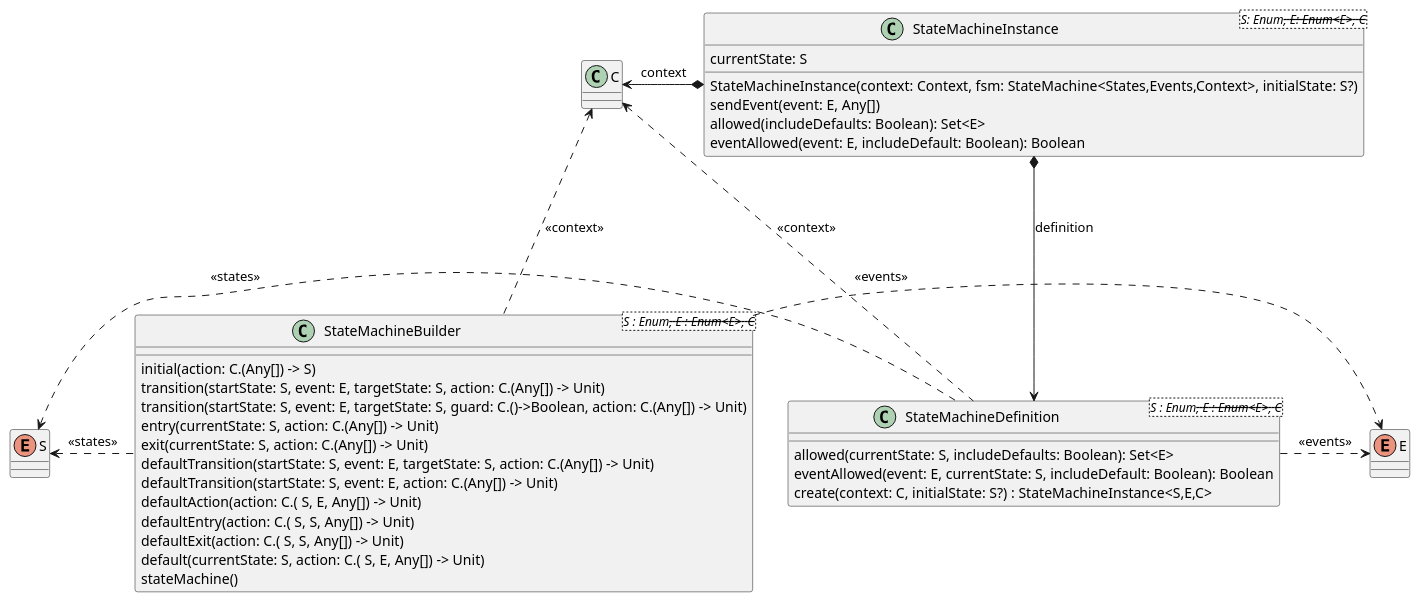
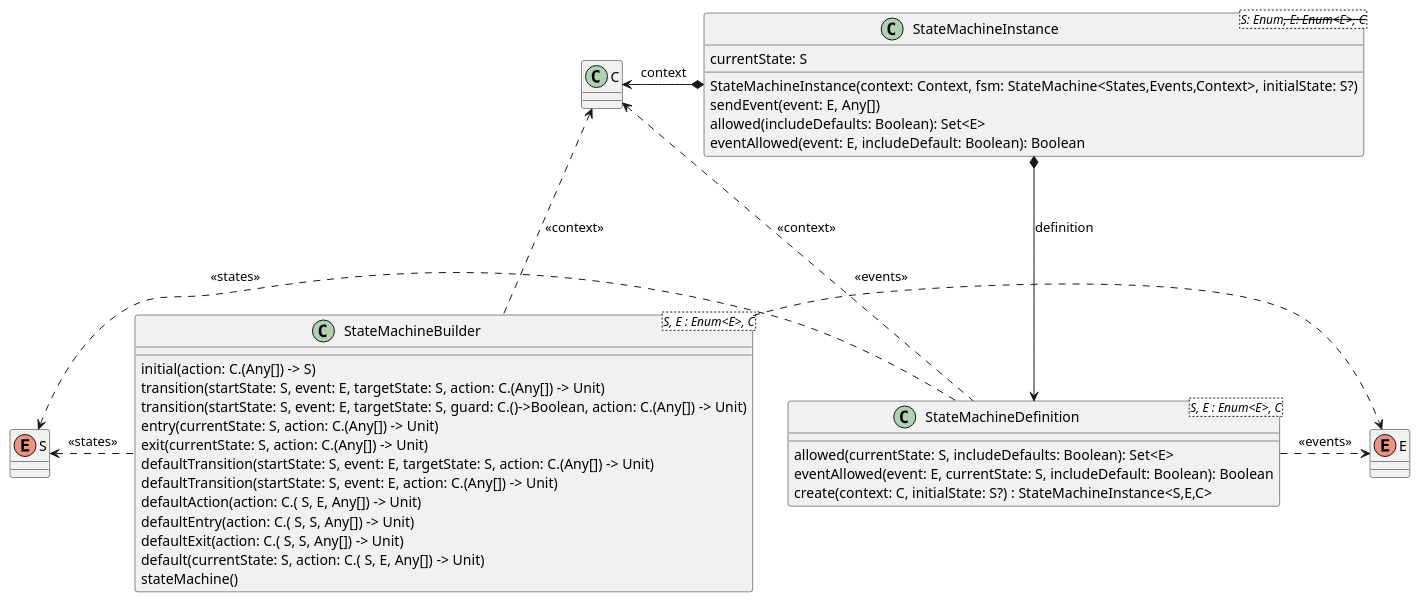
One commit to open-jumpco/kfsm changed the diagram in src/doc/plantuml/statemachine-model.plantuml. Above: the diagram before and after it, drawn with PlantUML. The commit also changed 33 other files, not shown here.

```diff
--- a/src/doc/plantuml/statemachine-model.plantuml
+++ b/src/doc/plantuml/statemachine-model.plantuml
@@ -1,50 +1,50 @@
 @startuml
 
 class C {
 }
 enum S {
 }
 enum E {
 }
 
-class StateMachineBuilder<S : Enum<S>, E : Enum<E>, C> {
+class StateMachineBuilder<S, E : Enum<E>, C> {
     initial(action: C.(Any[]) -> S)
     transition(startState: S, event: E, targetState: S, action: C.(Any[]) -> Unit)
     transition(startState: S, event: E, targetState: S, guard: C.()->Boolean, action: C.(Any[]) -> Unit)
     entry(currentState: S, action: C.(Any[]) -> Unit)
     exit(currentState: S, action: C.(Any[]) -> Unit)
     defaultTransition(startState: S, event: E, targetState: S, action: C.(Any[]) -> Unit)
     defaultTransition(startState: S, event: E, action: C.(Any[]) -> Unit)
     defaultAction(action: C.( S, E, Any[]) -> Unit)
     defaultEntry(action: C.( S, S, Any[]) -> Unit)
     defaultExit(action: C.( S, S, Any[]) -> Unit)
     default(currentState: S, action: C.( S, E, Any[]) -> Unit)
     stateMachine()
 }
 
-class StateMachineDefinition<S : Enum<S>, E : Enum<E>, C> {
+class StateMachineDefinition<S, E : Enum<E>, C> {
     allowed(currentState: S, includeDefaults: Boolean): Set<E>
     eventAllowed(event: E, currentState: S, includeDefault: Boolean): Boolean
     create(context: C, initialState: S?) : StateMachineInstance<S,E,C>
 }
 
 class StateMachineInstance<S: Enum<S>, E: Enum<E>, C> {
     StateMachineInstance(context: Context, fsm: StateMachine<States,Events,Context>, initialState: S?)
     currentState: S
     sendEvent(event: E, Any[])
     allowed(includeDefaults: Boolean): Set<E>
     eventAllowed(event: E, includeDefault: Boolean): Boolean
 }
 
 StateMachineBuilder .left.> S : <<states>>
 StateMachineBuilder .right.> E : <<events>>
 StateMachineBuilder .up.> C : <<context>>
 
 StateMachineDefinition .left.> S : <<states>>
 StateMachineDefinition .right.> E : <<events>>
 StateMachineDefinition .up.> C : <<context>>
 
 StateMachineInstance *---> StateMachineDefinition : definition
 StateMachineInstance *-left-> C : context
 
 @enduml
```
